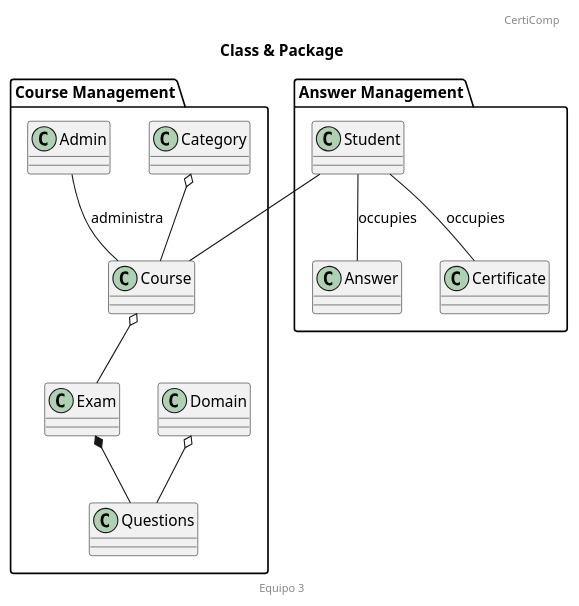
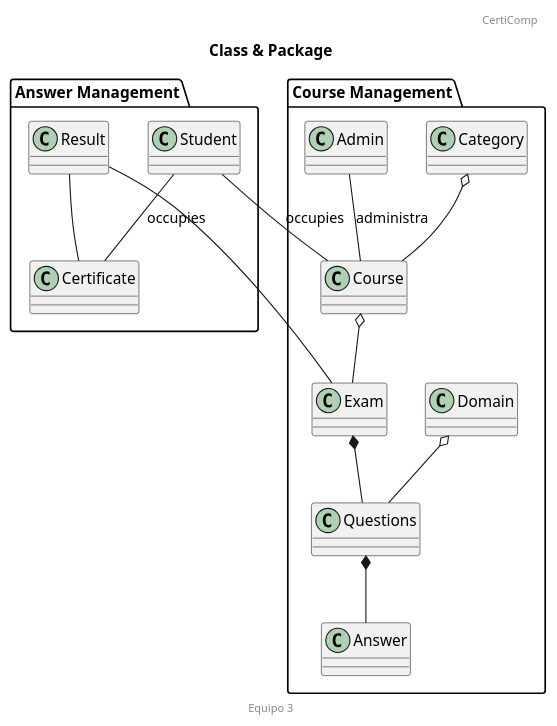
The diagram in docs/scenariosView/Analisis/arquitecto de software/clasesObvias.plantuml (febres35/EdTech_IS), drawn with PlantUML before and after one commit. The commit also changed 1 other file, not shown here.

Commit message:
cambios en el diagrama de paquetes

```diff
--- a/docs/scenariosView/Analisis/arquitecto de software/clasesObvias.plantuml
+++ b/docs/scenariosView/Analisis/arquitecto de software/clasesObvias.plantuml
@@ -1,43 +1,46 @@
 @startuml "Clases Obvias"
 
 title Class & Package
 header CertiComp
 footer Equipo 3
 
 /'
 class "Controller\nCourse" as cCourse
 class "Controller\nExam" as CExam
 'ask : pregunta
 class "Controller\nAsk " as cAsk
 
 interface "Interface\ncourse" as iCourse
 '/
 
 package "Course Management" {
     class Course
     class Exam
     class Questions
     class Domain
     class Category
     class "Admin" as ad
-
+    class Answer
     Course o-- Exam
     Exam *-- Questions
     Domain o-- Questions
     Category o-- Course
     ad -- Course: administra
+    Questions *-- Answer
 }
 
 package "Answer Management" {
-    class Answer
+    class Result
     class Certificate
     class Student
 
-    Student -- Answer: occupies 
+    Student -- Course: occupies 
     Student -- Certificate: occupies
+    Result -- Certificate
+    Result -- Exam
 }
 
-Student -- Course
+
 
 
 @enduml
```
